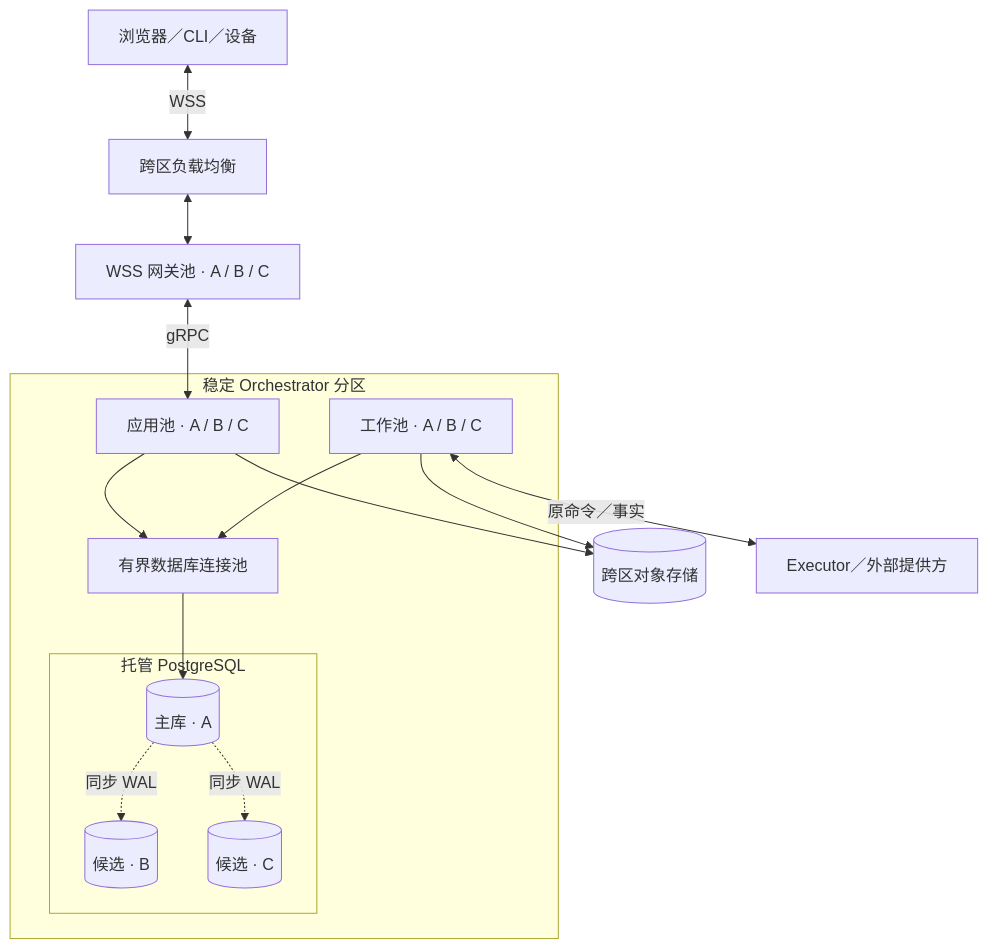
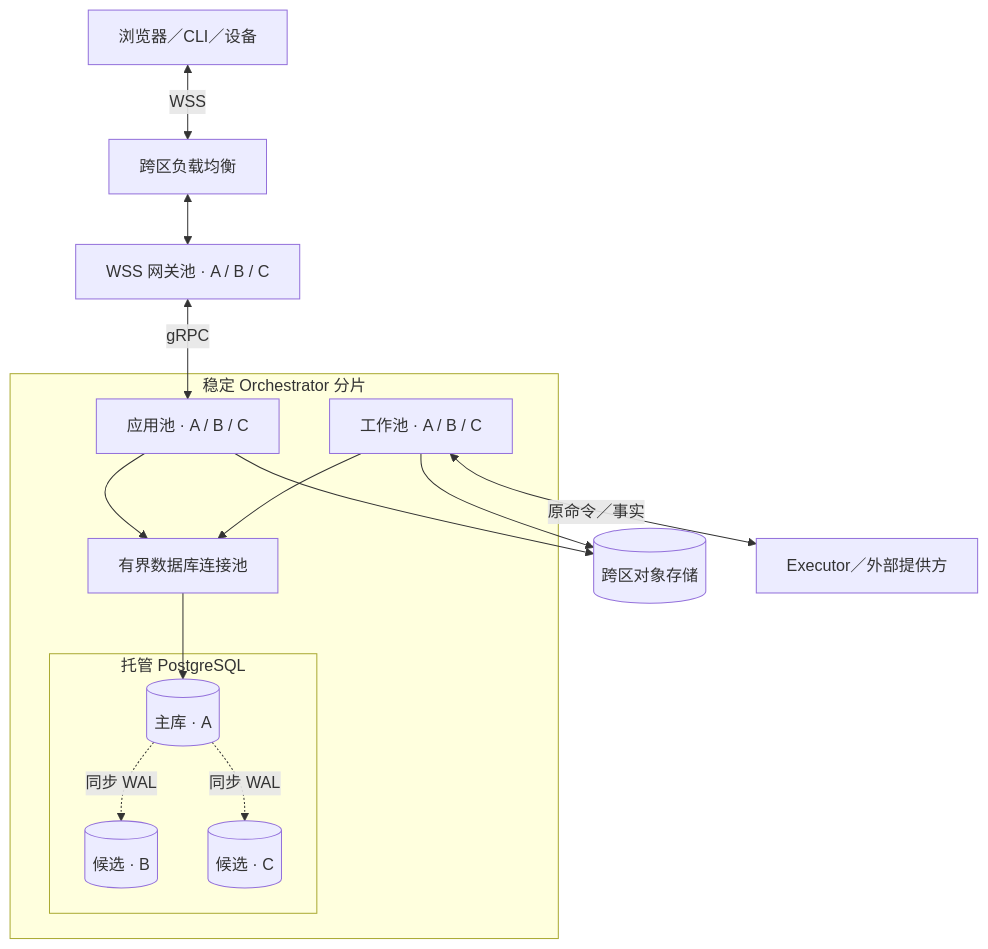
Before and after one commit to ruipengliu/lerna: the first of 9 diagrams in docs/architecture/deployment-production.md, drawn with Mermaid. The commit also changed other lines of this file and 205 other files, not shown here.

Commit message:
docs: unify architecture terminology

````diff
--- a/docs/architecture/deployment-production.md
+++ b/docs/architecture/deployment-production.md
@@ -31,24 +31,24 @@
 ```mermaid
 flowchart TB
     U[浏览器／CLI／设备] <-->|WSS| L[跨区负载均衡]
     L <--> G[WSS 网关池 · A / B / C]
-    subgraph H[稳定 Orchestrator 分区]
+    subgraph H[稳定 Orchestrator 分片]
       A[应用池 · A / B / C]
       W[工作池 · A / B / C]
       P[有界数据库连接池]
       subgraph DB[托管 PostgreSQL]
         D[(主库 · A)]
         B[(候选 · B)]
         C[(候选 · C)]
         D -.同步 WAL.-> B
         D -.同步 WAL.-> C
       end
       A --> P
       W --> P
       P --> D
     end
     G <-->|gRPC| A
     A --> O[(跨区对象存储)]
     W --> O
     W <-->|原命令／事实| X[Executor／外部提供方]
 ```
````
